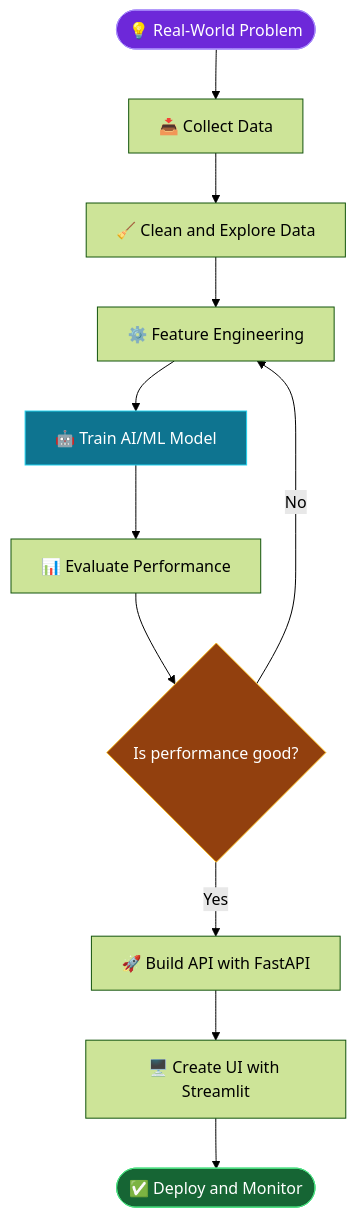
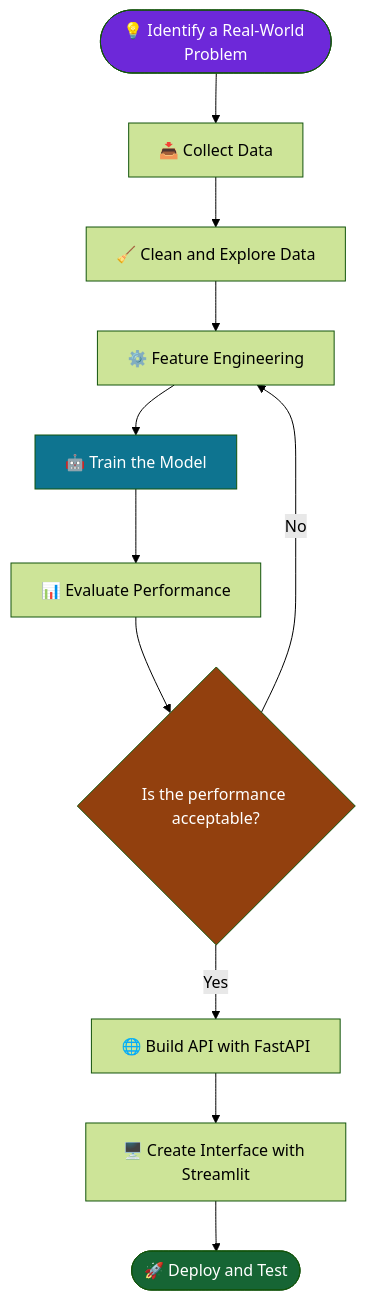
One commit to naveen057/naveen057 changed the second of 3 diagrams in README.md. Above: the diagram before and after it, drawn with Mermaid (forest theme). The commit also changed other lines of this file, not shown here.

````diff
--- a/README.md
+++ b/README.md
@@ -72,18 +252,18 @@
 ```mermaid
 flowchart TD
-    A(["💡 Real-World Problem"]) --> B["📥 Collect Data"]
+    A(["💡 Identify a Real-World Problem"]) --> B["📥 Collect Data"]
     B --> C["🧹 Clean and Explore Data"]
     C --> D["⚙️ Feature Engineering"]
-    D --> E["🤖 Train AI/ML Model"]
+    D --> E["🤖 Train the Model"]
     E --> F["📊 Evaluate Performance"]
-    F --> G{"Is performance good?"}
+    F --> G{"Is the performance acceptable?"}
     G -- "No" --> D
-    G -- "Yes" --> H["🚀 Build API with FastAPI"]
-    H --> I["🖥️ Create UI with Streamlit"]
-    I --> J(["✅ Deploy and Monitor"])
+    G -- "Yes" --> H["🌐 Build API with FastAPI"]
+    H --> I["🖥️ Create Interface with Streamlit"]
+    I --> J(["🚀 Deploy and Test"])
 
-    style A fill:#6D28D9,color:#FFFFFF,stroke:#A78BFA
-    style E fill:#0E7490,color:#FFFFFF,stroke:#22D3EE
-    style G fill:#92400E,color:#FFFFFF,stroke:#FBBF24
-    style J fill:#166534,color:#FFFFFF,stroke:#4ADE80
+    style A fill:#6D28D9,color:#FFFFFF
+    style E fill:#0E7490,color:#FFFFFF
+    style G fill:#92400E,color:#FFFFFF
+    style J fill:#166534,color:#FFFFFF
 ```
````
